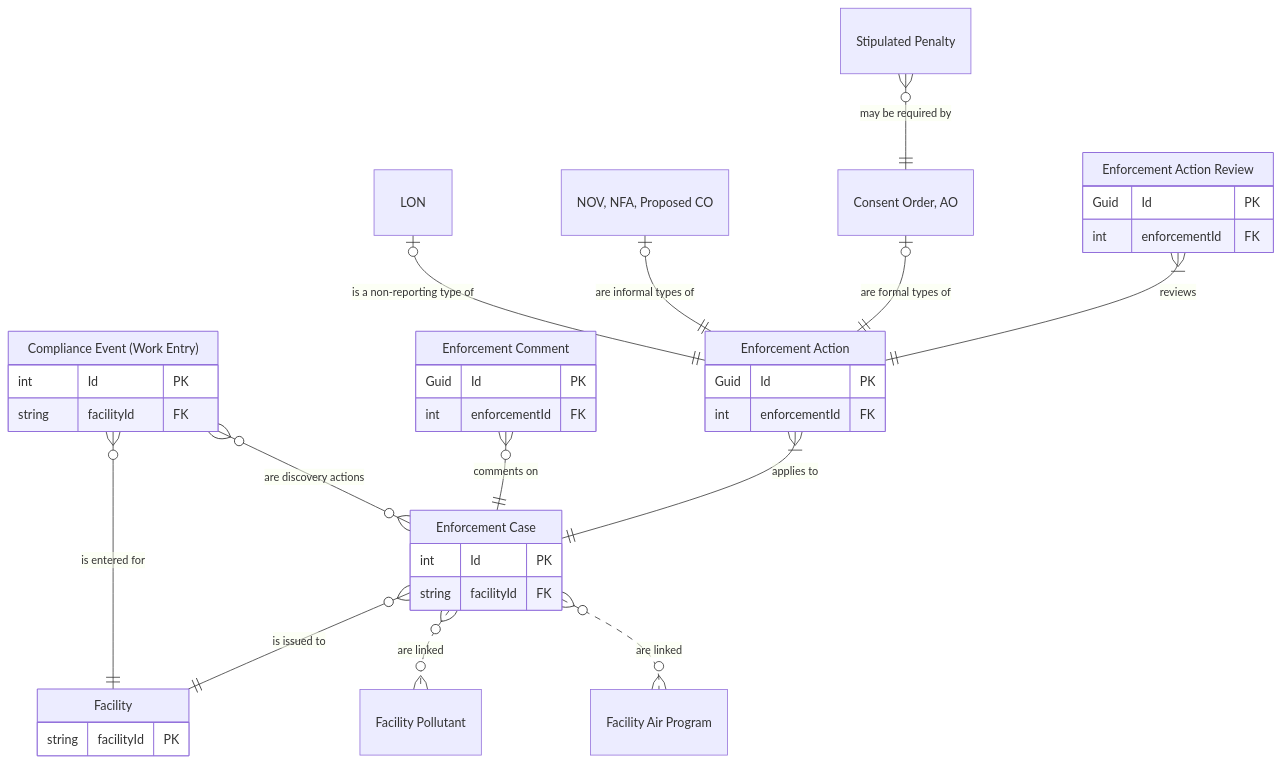
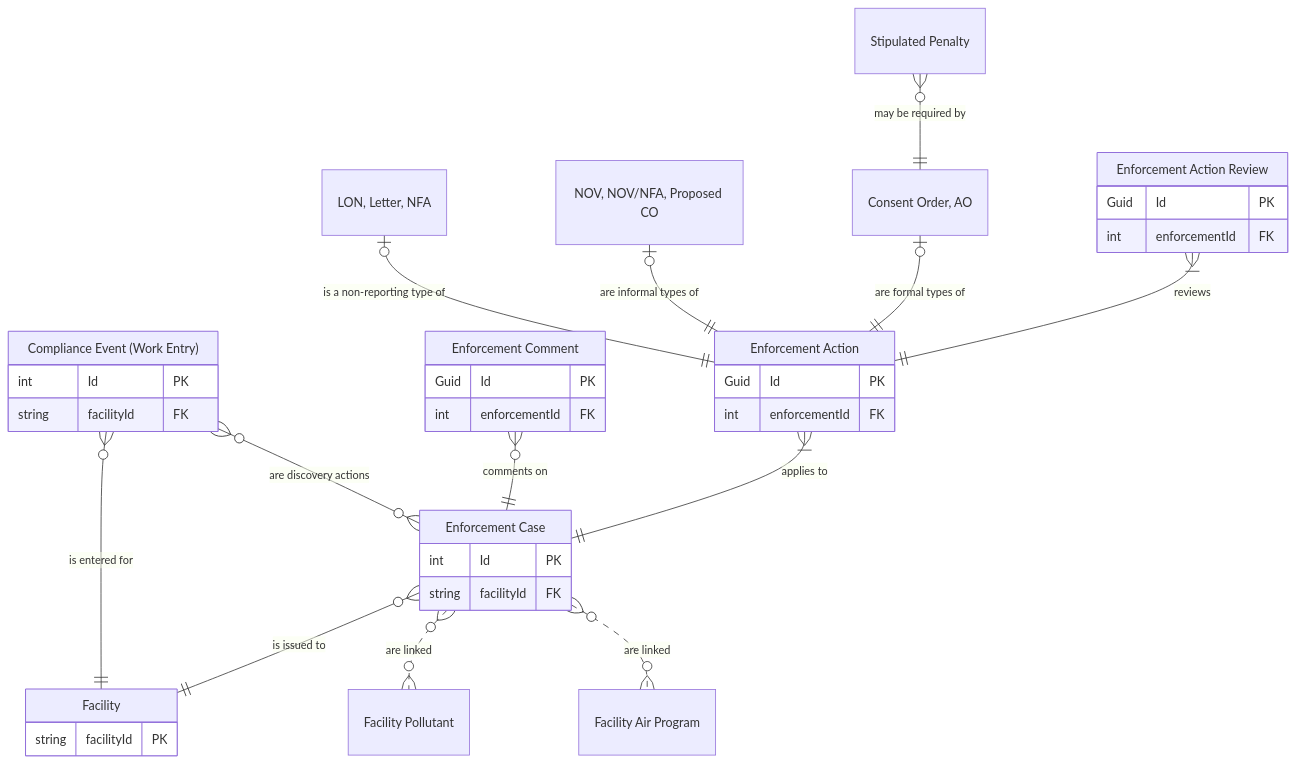
Before and after one commit to gaepdit/air-web: the diagram in docs/Data-entities/Enforcement-ERD.md, drawn with Mermaid. The commit also changed 3 other files, not shown here.

Commit message:
Add Letter and combined NOV/NFA actions

````diff
--- a/docs/Data-entities/Enforcement-ERD.md
+++ b/docs/Data-entities/Enforcement-ERD.md
@@ -3,51 +3,51 @@
 ```mermaid
 erDiagram
     FAC["Facility"] {
         string facilityId PK
     }
 
     CWE["Compliance Event (Work Entry)"] {
         int Id PK
         string facilityId FK
     }
 
     ENF["Enforcement Case"] {
         int Id PK
         string facilityId FK
     }
 
     CTE["Enforcement Comment"] {
         Guid Id PK
         int enforcementId FK
     }
 
     ACT["Enforcement Action"] {
         Guid Id PK
         int enforcementId FK
     }
 
     REV["Enforcement Action Review"] {
         Guid Id PK
         int enforcementId FK
     }
 
-    NEA["LON"]
-    IEA["NOV, NFA, Proposed CO"]
+    NEA["LON, Letter, NFA"]
+    IEA["NOV, NOV/NFA, Proposed CO"]
     FEA["Consent Order, AO"]
     POL["Facility Pollutant"]
     PGM["Facility Air Program"]
     STP["Stipulated Penalty"]
     CWE }o--|| FAC: "is entered for"
     ENF }o--|| FAC: "is issued to"
     CWE }o--o{ ENF: "are discovery actions"
     CTE }o--|| ENF: "comments on"
     ACT }|--|| ENF: "applies to"
     ENF }o..o{ POL: "are linked"
     ENF }o..o{ PGM: "are linked"
     NEA |o--|| ACT: "is a non-reporting type of"
     IEA |o--|| ACT: "are informal types of"
     FEA |o--|| ACT: "are formal types of"
     REV }|--|| ACT: "reviews"
     STP }o--|| FEA: "may be required by"
 
 ```
````
